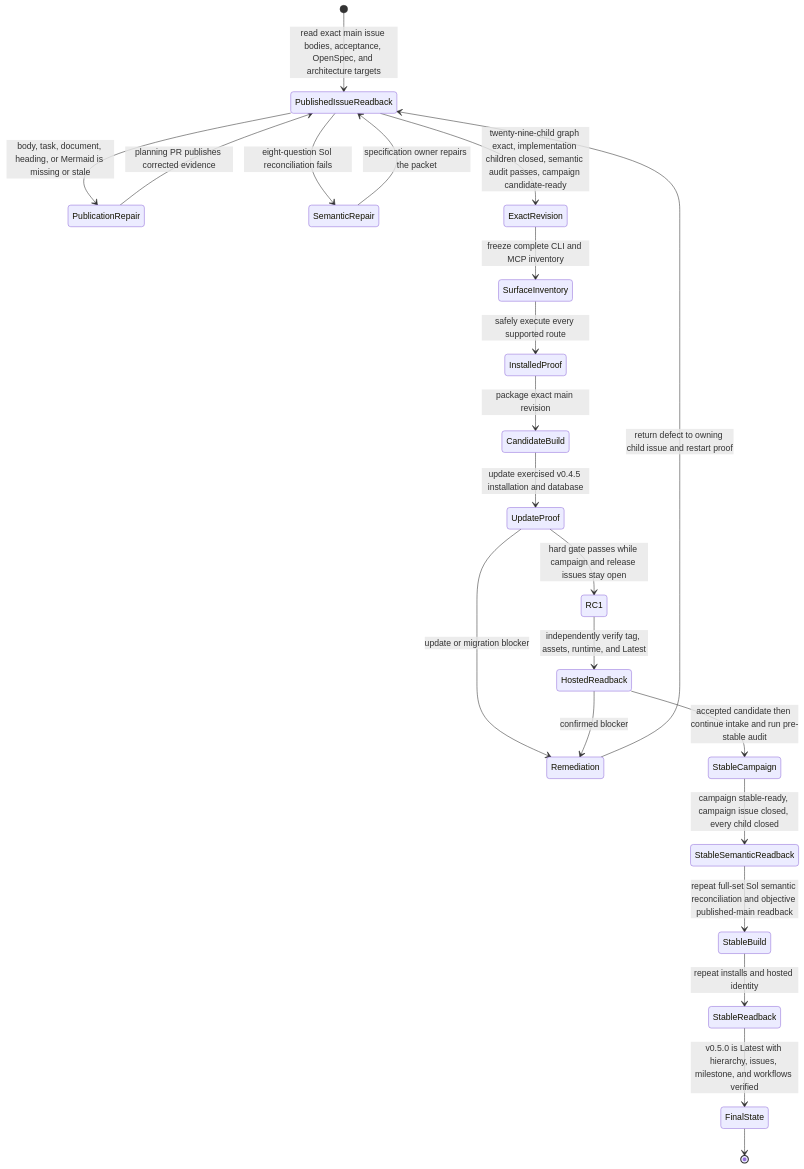
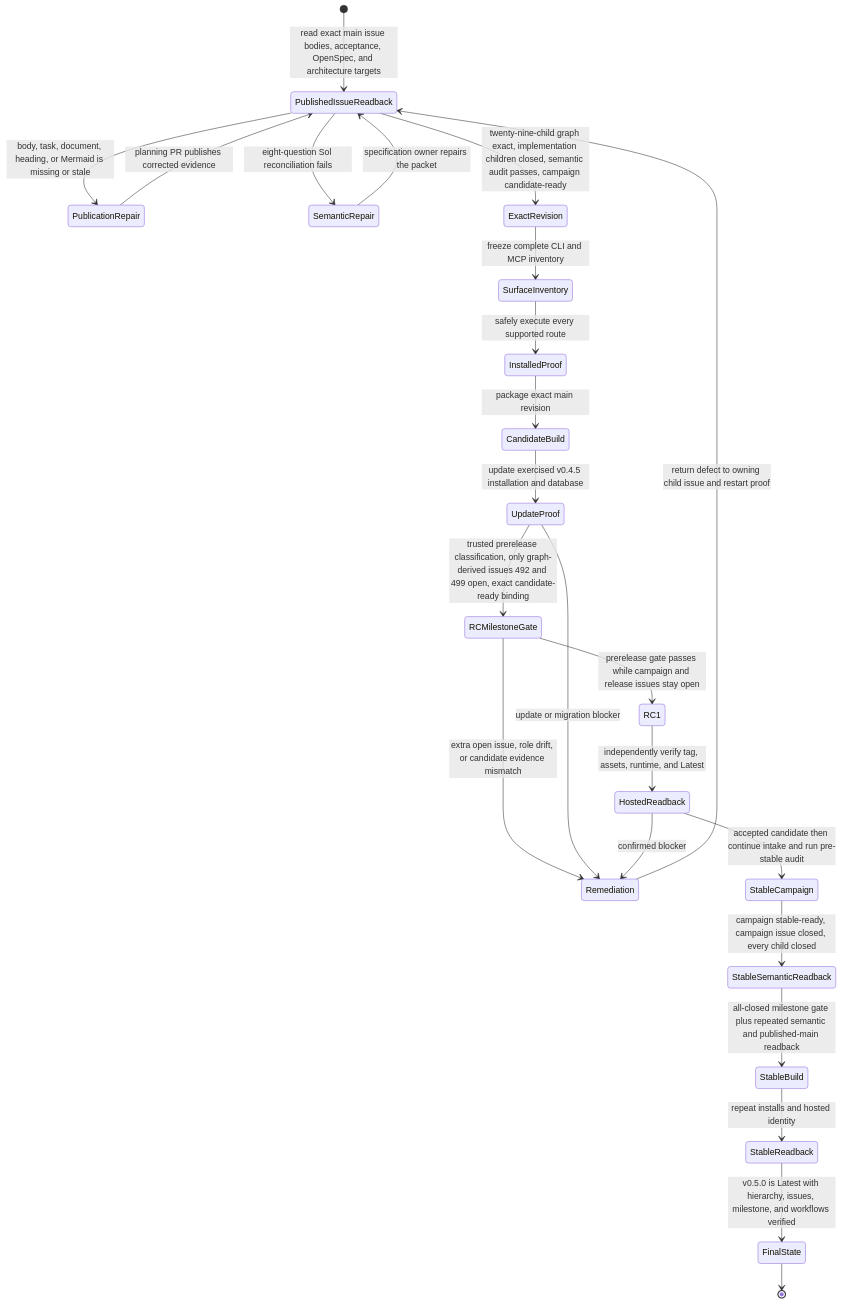
Diagram 31 of 31 in docs/v050-release-architecture.md (styler-ai/ProjectAtlas), drawn with Mermaid before and after one commit. The commit also changed other lines of this file and 8 other files, not shown here.

````diff
--- a/docs/v050-release-architecture.md
+++ b/docs/v050-release-architecture.md
@@ -541,24 +542,26 @@
 ```mermaid
 stateDiagram-v2
   [*] --> PublishedIssueReadback: read exact main issue bodies, acceptance, OpenSpec, and architecture targets
   PublishedIssueReadback --> PublicationRepair: body, task, document, heading, or Mermaid is missing or stale
   PublicationRepair --> PublishedIssueReadback: planning PR publishes corrected evidence
   PublishedIssueReadback --> SemanticRepair: eight-question Sol reconciliation fails
   SemanticRepair --> PublishedIssueReadback: specification owner repairs the packet
   PublishedIssueReadback --> ExactRevision: twenty-nine-child graph exact, implementation children closed, semantic audit passes, campaign candidate-ready
   ExactRevision --> SurfaceInventory: freeze complete CLI and MCP inventory
   SurfaceInventory --> InstalledProof: safely execute every supported route
   InstalledProof --> CandidateBuild: package exact main revision
   CandidateBuild --> UpdateProof: update exercised v0.4.5 installation and database
-  UpdateProof --> RC1: hard gate passes while campaign and release issues stay open
+  UpdateProof --> RCMilestoneGate: trusted prerelease classification, only graph-derived issues 492 and 499 open, exact candidate-ready binding
+  RCMilestoneGate --> RC1: prerelease gate passes while campaign and release issues stay open
+  RCMilestoneGate --> Remediation: extra open issue, role drift, or candidate evidence mismatch
   UpdateProof --> Remediation: update or migration blocker
   RC1 --> HostedReadback: independently verify tag, assets, runtime, and Latest
   HostedReadback --> Remediation: confirmed blocker
   Remediation --> PublishedIssueReadback: return defect to owning child issue and restart proof
   HostedReadback --> StableCampaign: accepted candidate then continue intake and run pre-stable audit
   StableCampaign --> StableSemanticReadback: campaign stable-ready, campaign issue closed, every child closed
-  StableSemanticReadback --> StableBuild: repeat full-set Sol semantic reconciliation and objective published-main readback
+  StableSemanticReadback --> StableBuild: all-closed milestone gate plus repeated semantic and published-main readback
   StableBuild --> StableReadback: repeat installs and hosted identity
   StableReadback --> FinalState: v0.5.0 is Latest with hierarchy, issues, milestone, and workflows verified
   FinalState --> [*]
 ```
````
